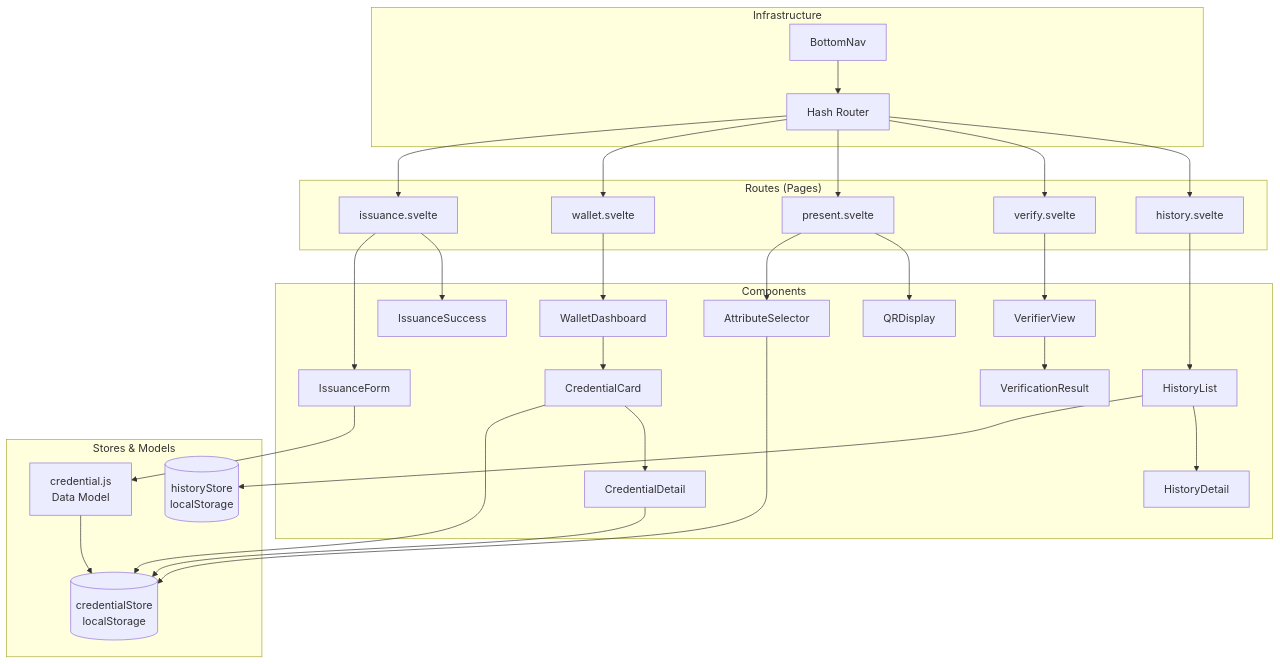
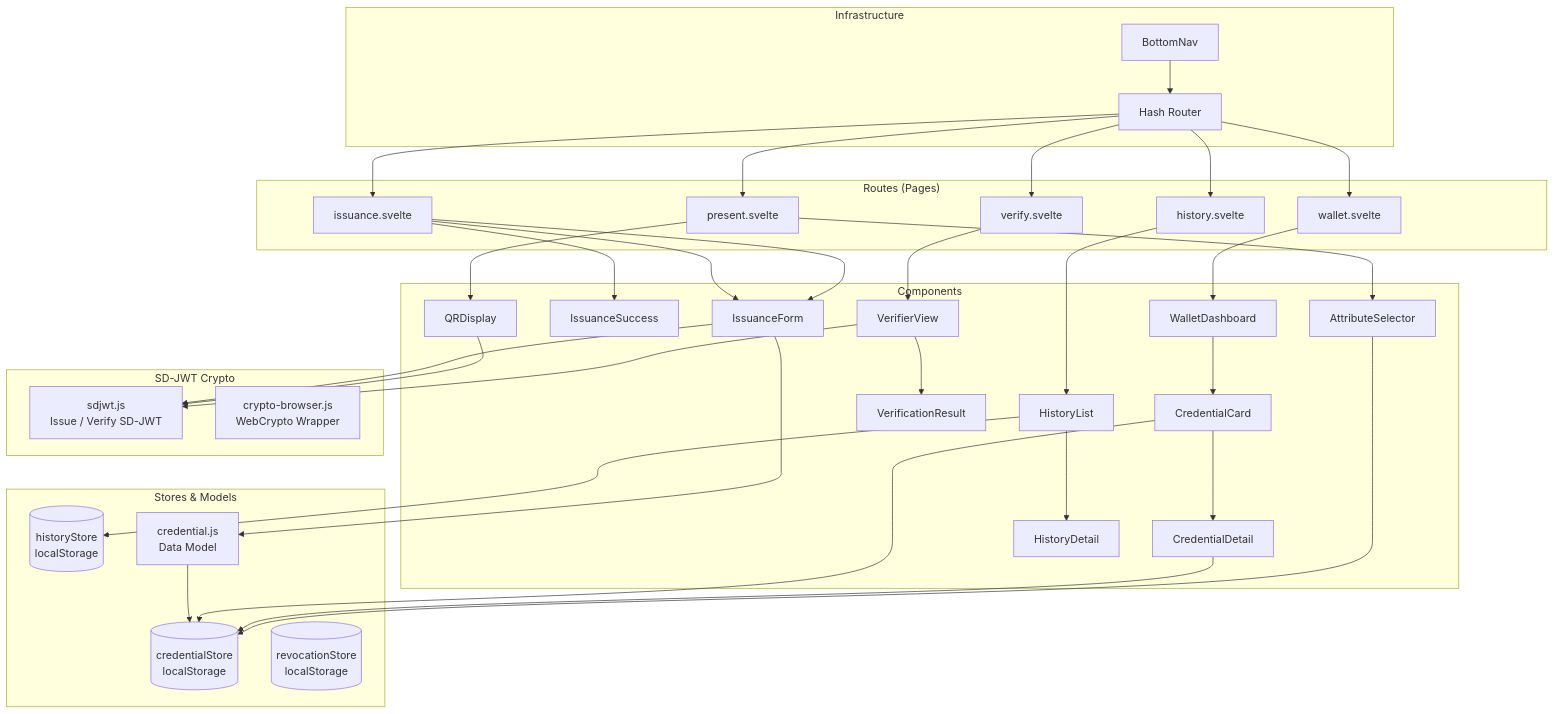
Before and after one commit to NiKrause/eidas-wallet-demo: the second of 3 diagrams in README.md, drawn with Mermaid. The commit also changed other lines of this file and 1 other file, not shown here.

First line of the commit message:
README: SD-JWT + Server nicht mehr ‚purely client-side‘

````diff
--- a/README.md
+++ b/README.md
@@ -41,43 +41,51 @@
 ```mermaid
 graph TD
     subgraph "Routes (Pages)"
         ISS[issuance.svelte]
         WAL[wallet.svelte]
         PRE[present.svelte]
         VER[verify.svelte]
         HIS[history.svelte]
     end
     subgraph "Components"
         IF[IssuanceForm]
         IS[IssuanceSuccess]
         WD[WalletDashboard]
         CC[CredentialCard]
         CD[CredentialDetail]
         AS[AttributeSelector]
         QD[QRDisplay]
         VV[VerifierView]
         VR[VerificationResult]
         HL[HistoryList]
         HD[HistoryDetail]
     end
+    subgraph "SD-JWT Crypto"
+        SJ[sdjwt.js<br/>Issue / Verify SD-JWT]
+        CB[crypto-browser.js<br/>WebCrypto Wrapper]
+    end
     subgraph "Stores & Models"
         CS[(credentialStore<br/>localStorage)]
         HS[(historyStore<br/>localStorage)]
+        RS[(revocationStore<br/>localStorage)]
         CM[credential.js<br/>Data Model]
     end
     subgraph "Infrastructure"
         RT[Hash Router]
         BN[BottomNav]
     end
     ISS --> IF --> CM --> CS
+    ISS --> IF --> SJ
     ISS --> IS
     WAL --> WD --> CC --> CS
     CC --> CD --> CS
     PRE --> AS --> CS
     PRE --> QD
+    QD --> SJ
     VER --> VV --> VR
+    VV --> SJ
     HIS --> HL --> HS
     HL --> HD
     RT --> ISS & WAL & PRE & VER & HIS
     BN --> RT
 ```
````
